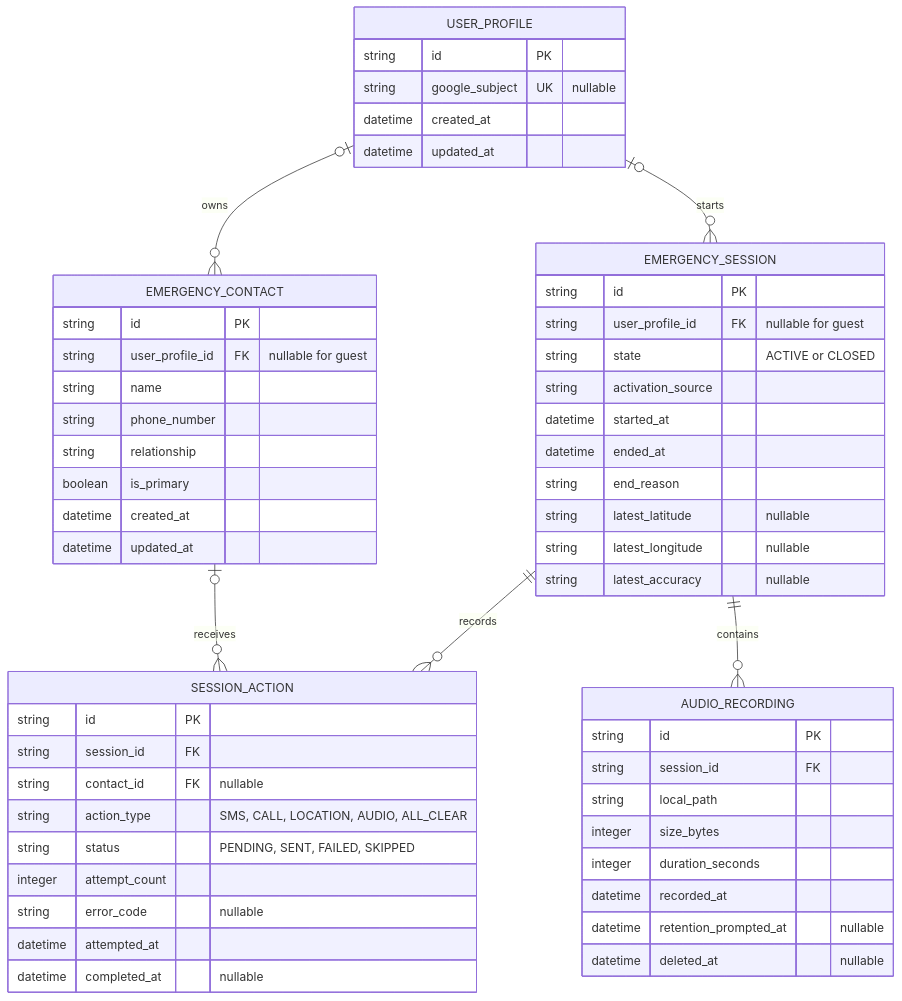
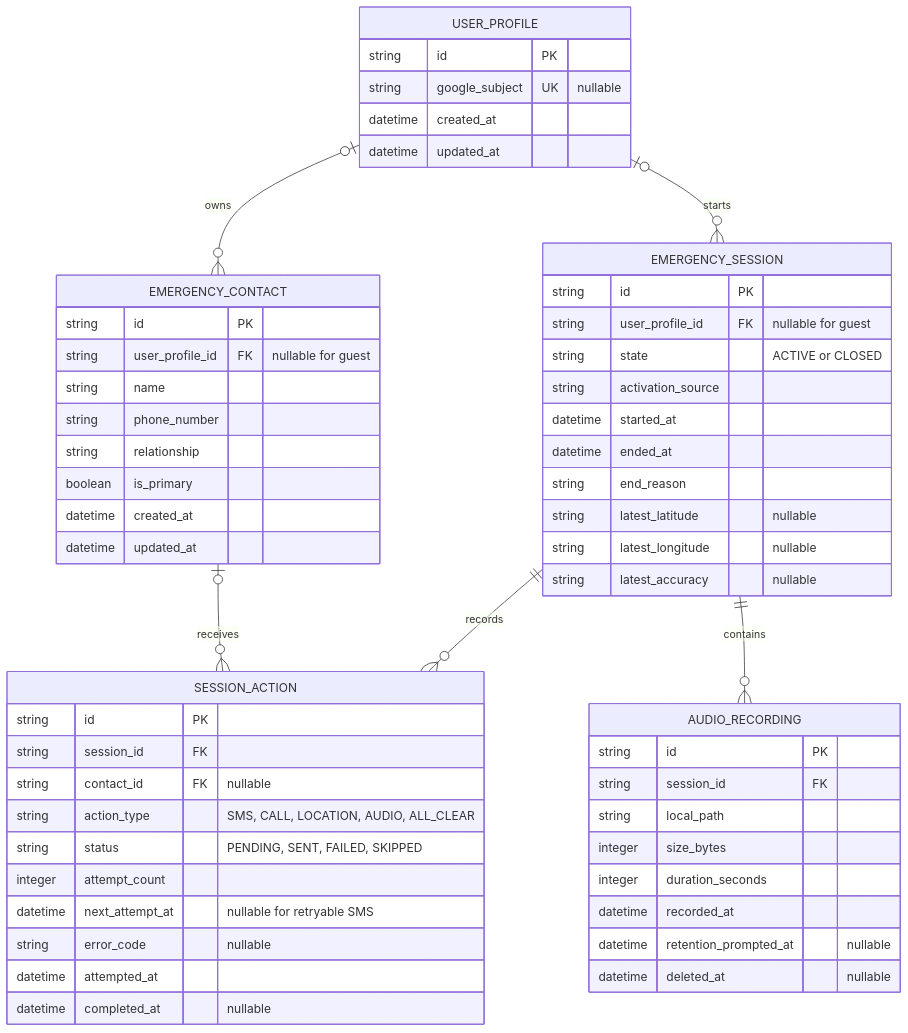
Before and after one commit to onerandomd3v/limbuzz: the second of 2 diagrams in docs/architecture.md, drawn with Mermaid. The commit also changed other lines of this file, not shown here.

First line of the commit message:
Confirm LIMBUZZ V1 architecture (#3)

````diff
--- a/docs/architecture.md
+++ b/docs/architecture.md
@@ -97,62 +102,63 @@
 ```mermaid
 erDiagram
     USER_PROFILE {
         string id PK
         string google_subject UK "nullable"
         datetime created_at
         datetime updated_at
     }
 
     EMERGENCY_CONTACT {
         string id PK
         string user_profile_id FK "nullable for guest"
         string name
         string phone_number
         string relationship
         boolean is_primary
         datetime created_at
         datetime updated_at
     }
 
     EMERGENCY_SESSION {
         string id PK
         string user_profile_id FK "nullable for guest"
         string state "ACTIVE or CLOSED"
         string activation_source
         datetime started_at
         datetime ended_at
         string end_reason
         string latest_latitude "nullable"
         string latest_longitude "nullable"
         string latest_accuracy "nullable"
     }
 
     SESSION_ACTION {
         string id PK
         string session_id FK
         string contact_id FK "nullable"
         string action_type "SMS, CALL, LOCATION, AUDIO, ALL_CLEAR"
         string status "PENDING, SENT, FAILED, SKIPPED"
         integer attempt_count
+        datetime next_attempt_at "nullable for retryable SMS"
         string error_code "nullable"
         datetime attempted_at
         datetime completed_at "nullable"
     }
 
     AUDIO_RECORDING {
         string id PK
         string session_id FK
         string local_path
         integer size_bytes
         integer duration_seconds
         datetime recorded_at
         datetime retention_prompted_at "nullable"
         datetime deleted_at "nullable"
     }
 
     USER_PROFILE o|--o{ EMERGENCY_CONTACT : owns
     USER_PROFILE o|--o{ EMERGENCY_SESSION : starts
     EMERGENCY_SESSION ||--o{ SESSION_ACTION : records
     EMERGENCY_CONTACT o|--o{ SESSION_ACTION : receives
     EMERGENCY_SESSION ||--o{ AUDIO_RECORDING : contains
 ```
````
